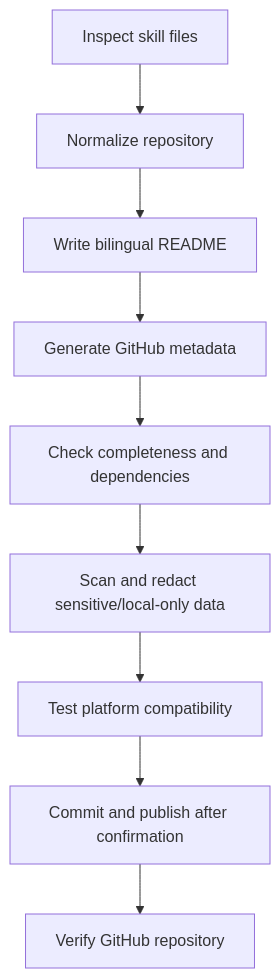
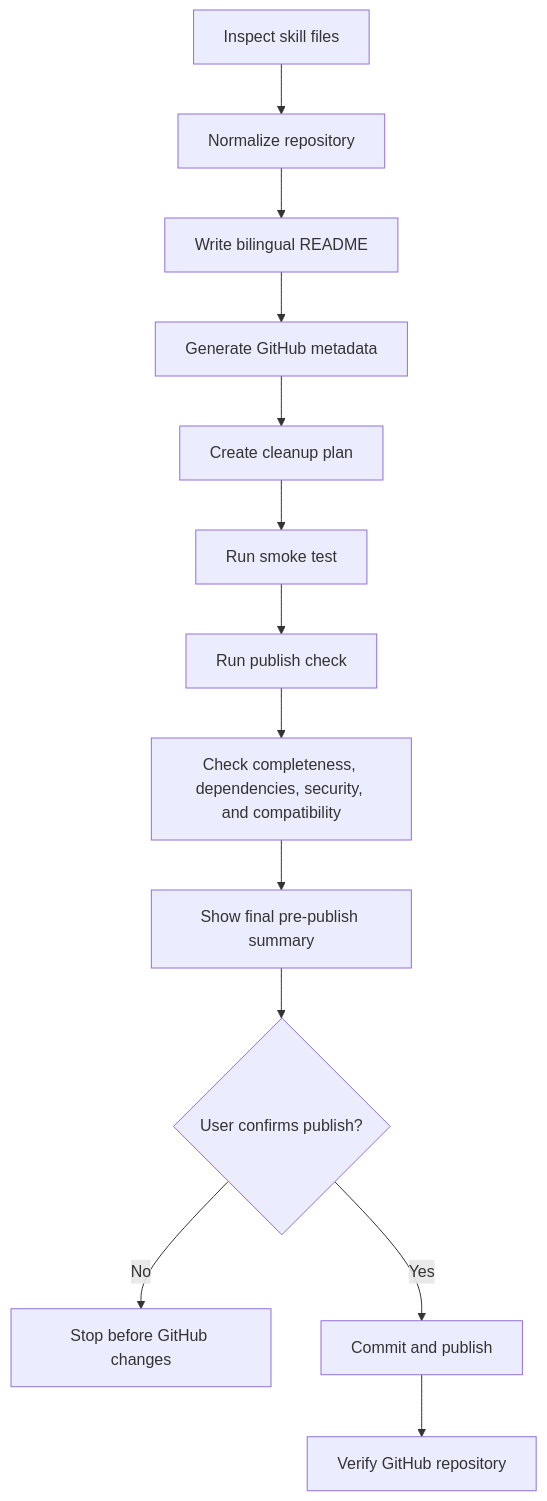
Before and after one commit to chemny/GitHub-skill-publisher: the diagram in README.md, drawn with Mermaid. The commit also changed other lines of this file and 13 other files, not shown here.

Commit message:
Add pre-publish gates and checks

````diff
--- a/README.md
+++ b/README.md
@@ -104,11 +104,15 @@
 ```mermaid
 flowchart TD
     A["Inspect skill files"] --> B["Normalize repository"]
     B --> C["Write bilingual README"]
     C --> D["Generate GitHub metadata"]
-    D --> E["Check completeness and dependencies"]
-    E --> F["Scan and redact sensitive/local-only data"]
-    F --> G["Test platform compatibility"]
-    G --> H["Commit and publish after confirmation"]
-    H --> I["Verify GitHub repository"]
+    D --> E["Create cleanup plan"]
+    E --> F["Run smoke test"]
+    F --> G["Run publish check"]
+    G --> H["Check completeness, dependencies, security, and compatibility"]
+    H --> I["Show final pre-publish summary"]
+    I --> J{"User confirms publish?"}
+    J -- "No" --> K["Stop before GitHub changes"]
+    J -- "Yes" --> L["Commit and publish"]
+    L --> M["Verify GitHub repository"]
 ```
````
